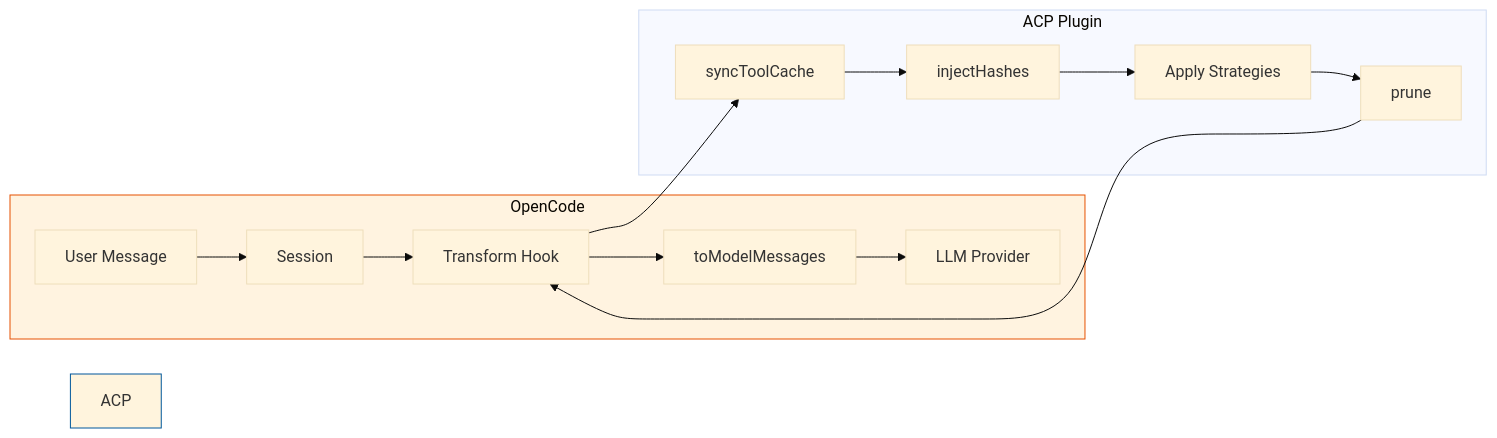
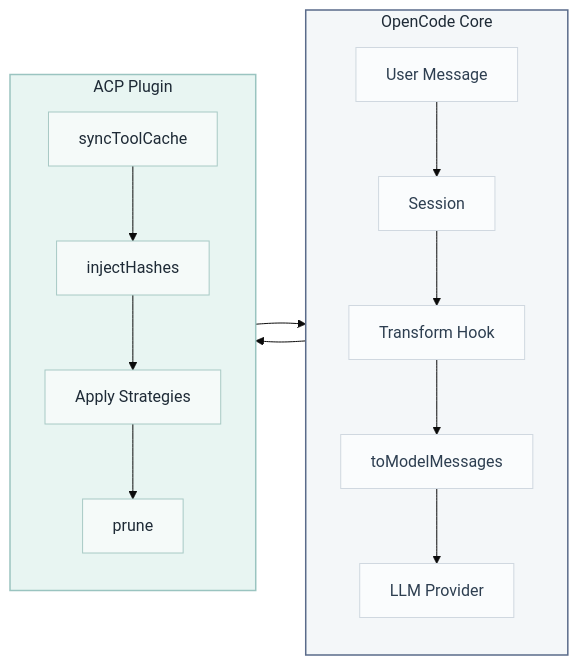
The first of 9 diagrams in docs/opencode-acp-message-flow.md (tuanhung303/opencode-agent-context-pruning), drawn with Mermaid (base theme) before and after one commit. The commit also changed 1 other file, not shown here.

Commit message:
docs: improve ACP message flow diagram aesthetics
- Apply Arctic Clarity color palette for cohesive visual design
- Lighten borders and frames for cleaner appearance
- Add flow diagram to README.md for better onboarding
- Use consistent styling across both documentation files

````diff
--- a/docs/opencode-acp-message-flow.md
+++ b/docs/opencode-acp-message-flow.md
@@ -30,20 +30,36 @@
 ```mermaid
 flowchart LR
-    subgraph OpenCode
+    subgraph OpenCode["OpenCode Core"]
+        direction TB
         A[User Message] --> B[Session]
         B --> C[Transform Hook]
         C --> D[toModelMessages]
         D --> E[LLM Provider]
     end
 
-    subgraph ACP Plugin
+    subgraph ACP["ACP Plugin"]
+        direction TB
         C --> F[syncToolCache]
         F --> G[injectHashes]
         G --> H[Apply Strategies]
         H --> I[prune]
         I --> C
     end
 
-    style ACP Plugin fill:#e1f5fe,stroke:#01579b
-    style OpenCode fill:#fff3e0,stroke:#e65100
+    %% Arctic Clarity Color Palette (Lightened)
+    %% OpenCode: Ice Grey (#F4F7F9) with lighter borders
+    %% ACP: Pale Mint (#E8F5F2) with lighter borders
+    style OpenCode fill:#F4F7F9,stroke:#5A6B8A,stroke-width:1.5px,color:#1E2A36
+    style ACP fill:#E8F5F2,stroke:#9AC4C0,stroke-width:1.5px,color:#1E2A36
+    %% OpenCode nodes: Snow White with lighter borders
+    style A fill:#FAFCFD,stroke:#D0D8E0,stroke-width:1px,color:#2D3E50
+    style B fill:#FAFCFD,stroke:#D0D8E0,stroke-width:1px,color:#2D3E50
+    style C fill:#FAFCFD,stroke:#D0D8E0,stroke-width:1px,color:#2D3E50
+    style D fill:#FAFCFD,stroke:#D0D8E0,stroke-width:1px,color:#2D3E50
+    style E fill:#FAFCFD,stroke:#D0D8E0,stroke-width:1px,color:#2D3E50
+    %% ACP nodes: Light fill with lighter borders
+    style F fill:#F5FAF9,stroke:#A8C9C5,stroke-width:1px,color:#1E2A36
+    style G fill:#F5FAF9,stroke:#A8C9C5,stroke-width:1px,color:#1E2A36
+    style H fill:#F5FAF9,stroke:#A8C9C5,stroke-width:1px,color:#1E2A36
+    style I fill:#F5FAF9,stroke:#A8C9C5,stroke-width:1px,color:#1E2A36
 ```
````
